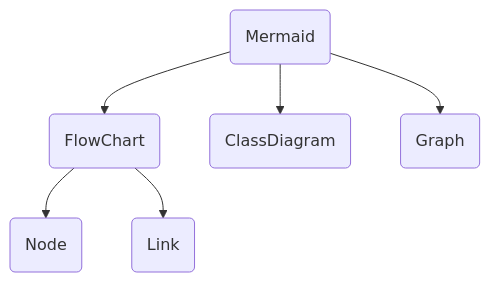
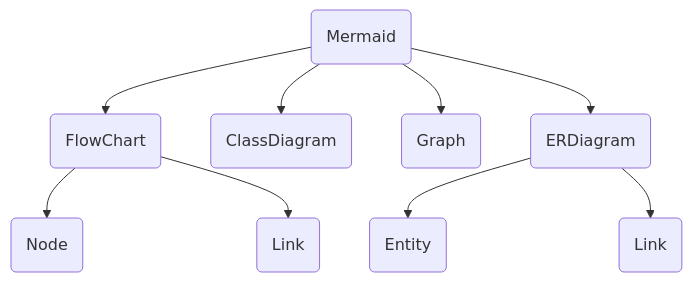
The diagram in README.md (ouhammmourachid/mermaid-py), drawn with Mermaid before and after one commit. The commit also changed other lines of this file, not shown here.

````diff
--- a/README.md
+++ b/README.md
@@ -33,13 +38,18 @@
 ```mermaid
 graph TD;
     mer(Mermaid)
     flow(FlowChart);
     clas(ClassDiagram)
     gra(Graph)
+    erDigram(ERDiagram)
+    erdiagram-link(Link)
+    entity(Entity)
     flow-link(Link)
     node(Node)
     mer --> flow
     mer --> clas
     mer --> gra
+    mer --> erDigram
     flow --> node & flow-link
+    erDigram --> entity & erdiagram-link
 ```
````
